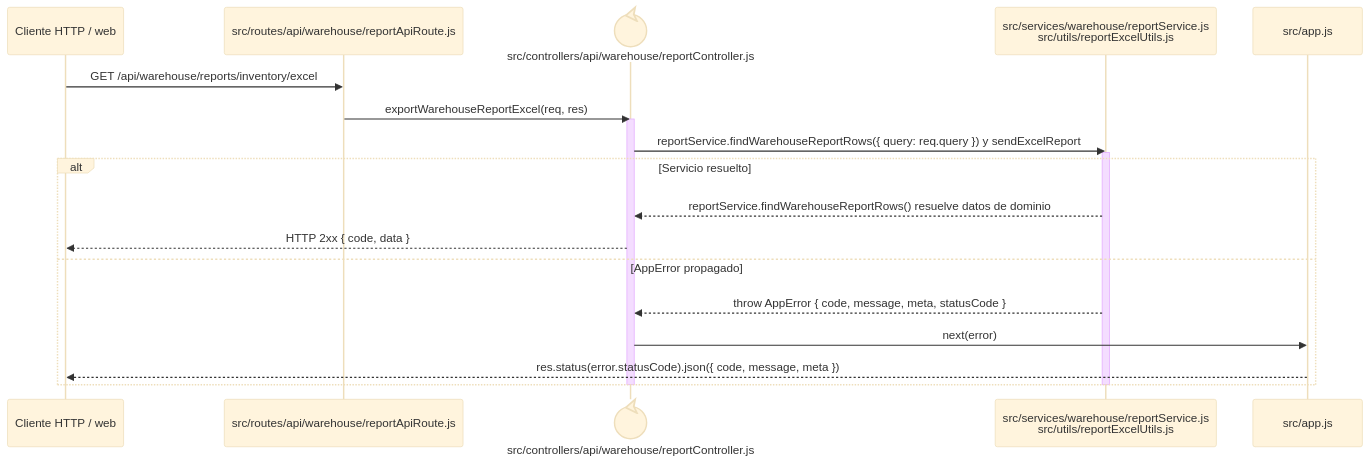
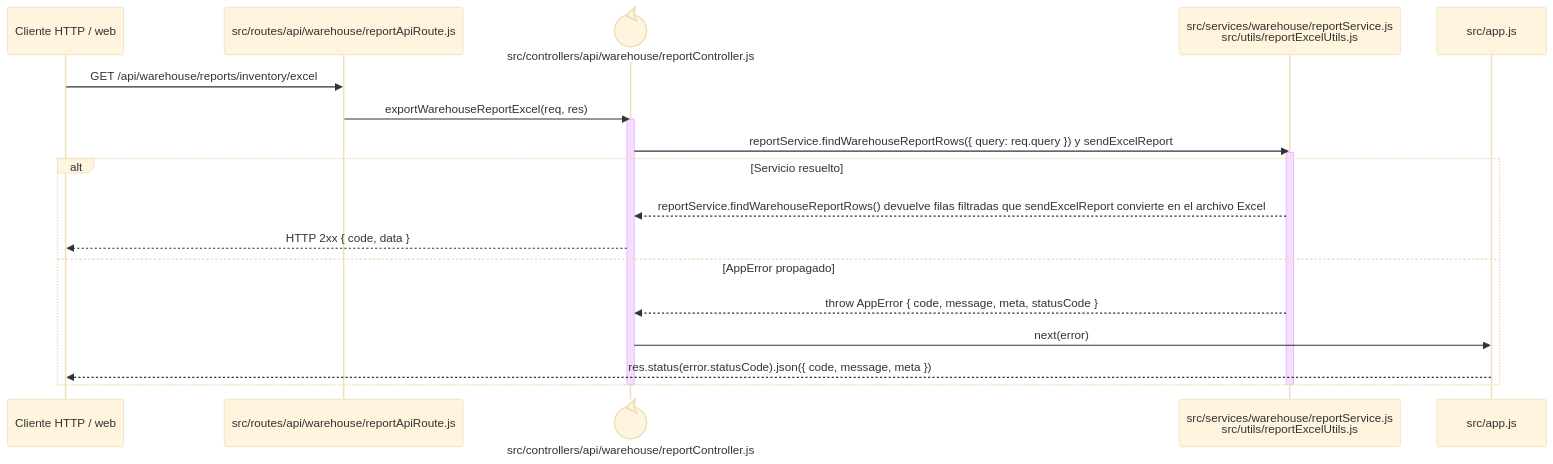
The diagram in docs/architecture/backend-code-sequences/catalogs/cu-alm-06.md (gpgsistemas01/nexus), drawn with Mermaid (base theme) before and after one commit. The commit also changed 102 other files, not shown here.

````diff
--- a/docs/architecture/backend-code-sequences/catalogs/cu-alm-06.md
+++ b/docs/architecture/backend-code-sequences/catalogs/cu-alm-06.md
@@ -6,24 +6,24 @@
 ```mermaid
 sequenceDiagram
     participant Client as Cliente HTTP / web
     participant Route as src/routes/api/warehouse/reportApiRoute.js
     participant Controller@{ "type": "control" } as src/controllers/api/warehouse/reportController.js
     participant Domain as src/services/warehouse/reportService.js<br/>src/utils/reportExcelUtils.js
     participant ErrorHandler as src/app.js
 
     Client->>Route: GET /api/warehouse/reports/inventory/excel
     Route->>Controller: exportWarehouseReportExcel(req, res)
     activate Controller
     Controller->>Domain: reportService.findWarehouseReportRows({ query: req.query }) y sendExcelReport
     activate Domain
     alt Servicio resuelto
-        Domain-->>Controller: reportService.findWarehouseReportRows() resuelve datos de dominio
+        Domain-->>Controller: reportService.findWarehouseReportRows() devuelve filas filtradas que sendExcelReport convierte en el archivo Excel
         Controller-->>Client: HTTP 2xx { code, data }
     else AppError propagado
         Domain-->>Controller: throw AppError { code, message, meta, statusCode }
         Controller->>ErrorHandler: next(error)
         ErrorHandler-->>Client: res.status(error.statusCode).json({ code, message, meta })
     end
     deactivate Domain
     deactivate Controller
 ```
````
